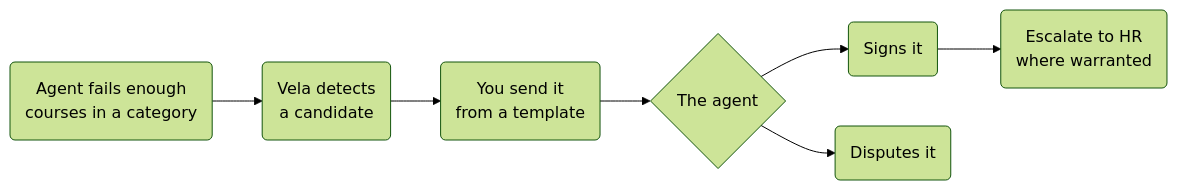
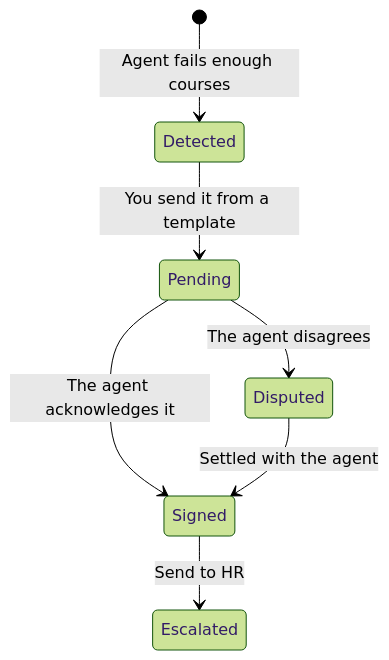
The diagram in docs/team-leads/issue-cautions.md (Botlhale-AI/docs-coaching-portal), drawn with Mermaid (forest theme) before and after one commit. The commit also changed other lines of this file, not shown here.

Commit message:
docs: use the diagram type that matches the content

````diff
--- a/docs/team-leads/issue-cautions.md
+++ b/docs/team-leads/issue-cautions.md
@@ -21,9 +21,9 @@
 ```mermaid
-flowchart LR
-    F("Agent fails enough<br/>courses in a category") --> D("Vela detects<br/>a candidate")
-    D --> S("You send it<br/>from a template")
-    S --> A{"The agent"}
-    A --> G("Signs it")
-    A --> P("Disputes it")
-    G --> H("Escalate to HR<br/>where warranted")
+stateDiagram-v2
+    [*] --> Detected: Agent fails enough courses
+    Detected --> Pending: You send it from a template
+    Pending --> Signed: The agent acknowledges it
+    Pending --> Disputed: The agent disagrees
+    Signed --> Escalated: Send to HR
+    Disputed --> Signed: Settled with the agent
 ```
````
